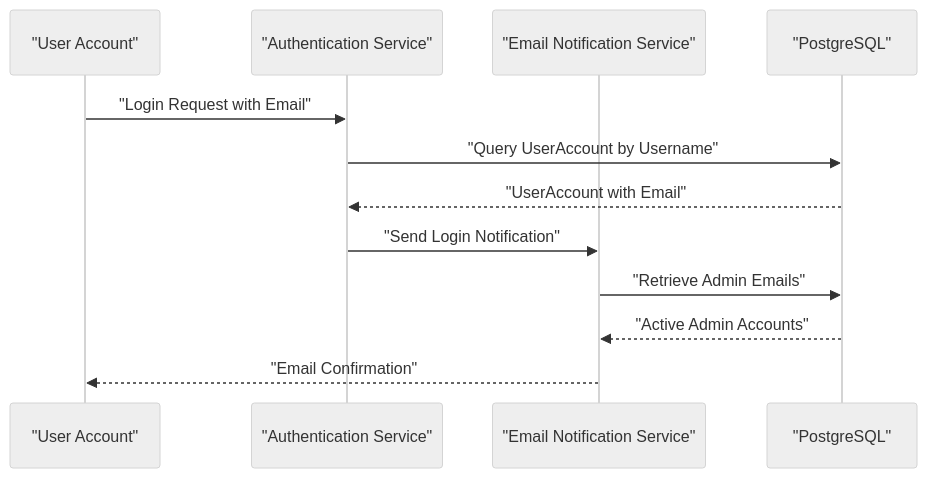
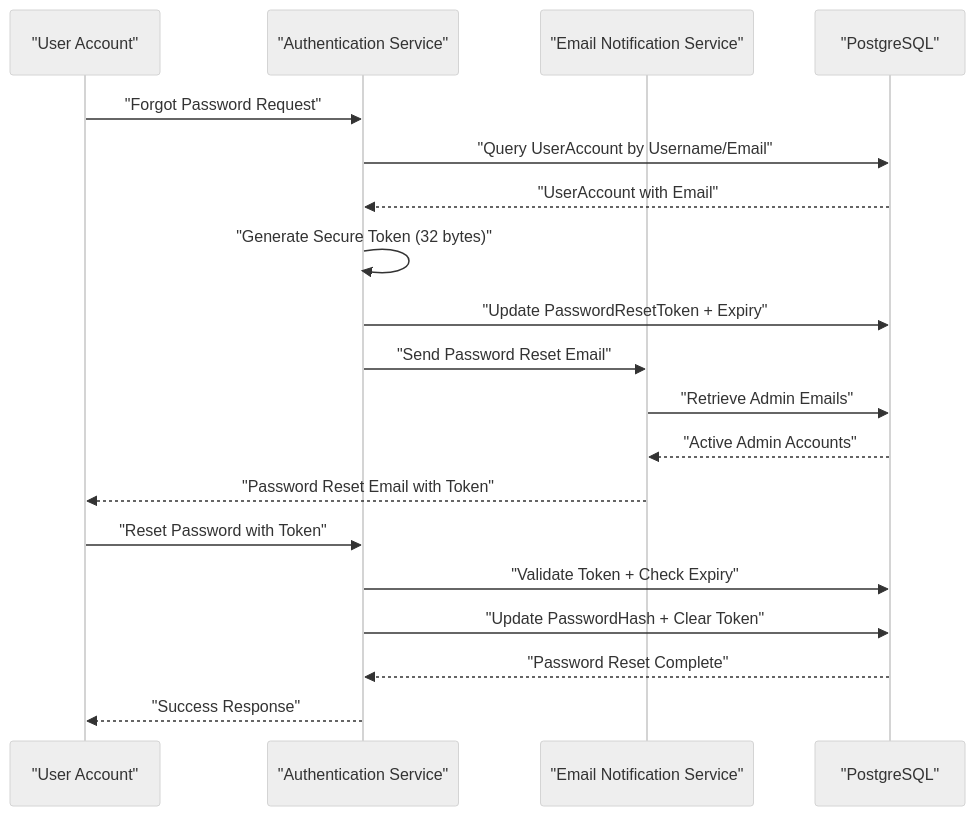
Before and after one commit to lamhongbac/NonCash: the fifth of 6 diagrams in .qoder/repowiki/en/content/Data Models and Database Design/Entity Relationships and Schema Design.md, drawn with Mermaid (neutral theme). The commit also changed other lines of this file and 32 other files, not shown here.

````diff
--- a/.qoder/repowiki/en/content/Data Models and Database Design/Entity Relationships and Schema Design.md
+++ b/.qoder/repowiki/en/content/Data Models and Database Design/Entity Relationships and Schema Design.md
@@ -394,14 +402,21 @@
 ```mermaid
 sequenceDiagram
 participant User as "User Account"
 participant Auth as "Authentication Service"
 participant Email as "Email Notification Service"
 participant DB as "PostgreSQL"
-User->>Auth : "Login Request with Email"
-Auth->>DB : "Query UserAccount by Username"
+User->>Auth : "Forgot Password Request"
+Auth->>DB : "Query UserAccount by Username/Email"
 DB-->>Auth : "UserAccount with Email"
-Auth->>Email : "Send Login Notification"
+Auth->>Auth : "Generate Secure Token (32 bytes)"
+Auth->>DB : "Update PasswordResetToken + Expiry"
+Auth->>Email : "Send Password Reset Email"
 Email->>DB : "Retrieve Admin Emails"
 DB-->>Email : "Active Admin Accounts"
-Email-->>User : "Email Confirmation"
+Email-->>User : "Password Reset Email with Token"
+User->>Auth : "Reset Password with Token"
+Auth->>DB : "Validate Token + Check Expiry"
+Auth->>DB : "Update PasswordHash + Clear Token"
+DB-->>Auth : "Password Reset Complete"
+Auth-->>User : "Success Response"
 ```
````
